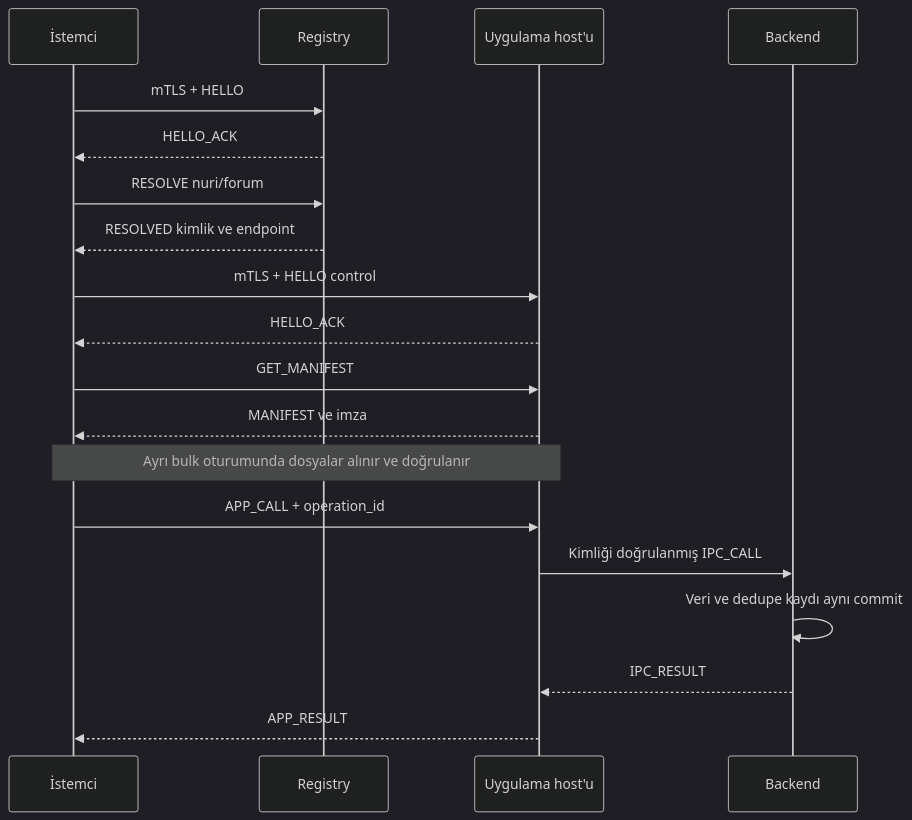
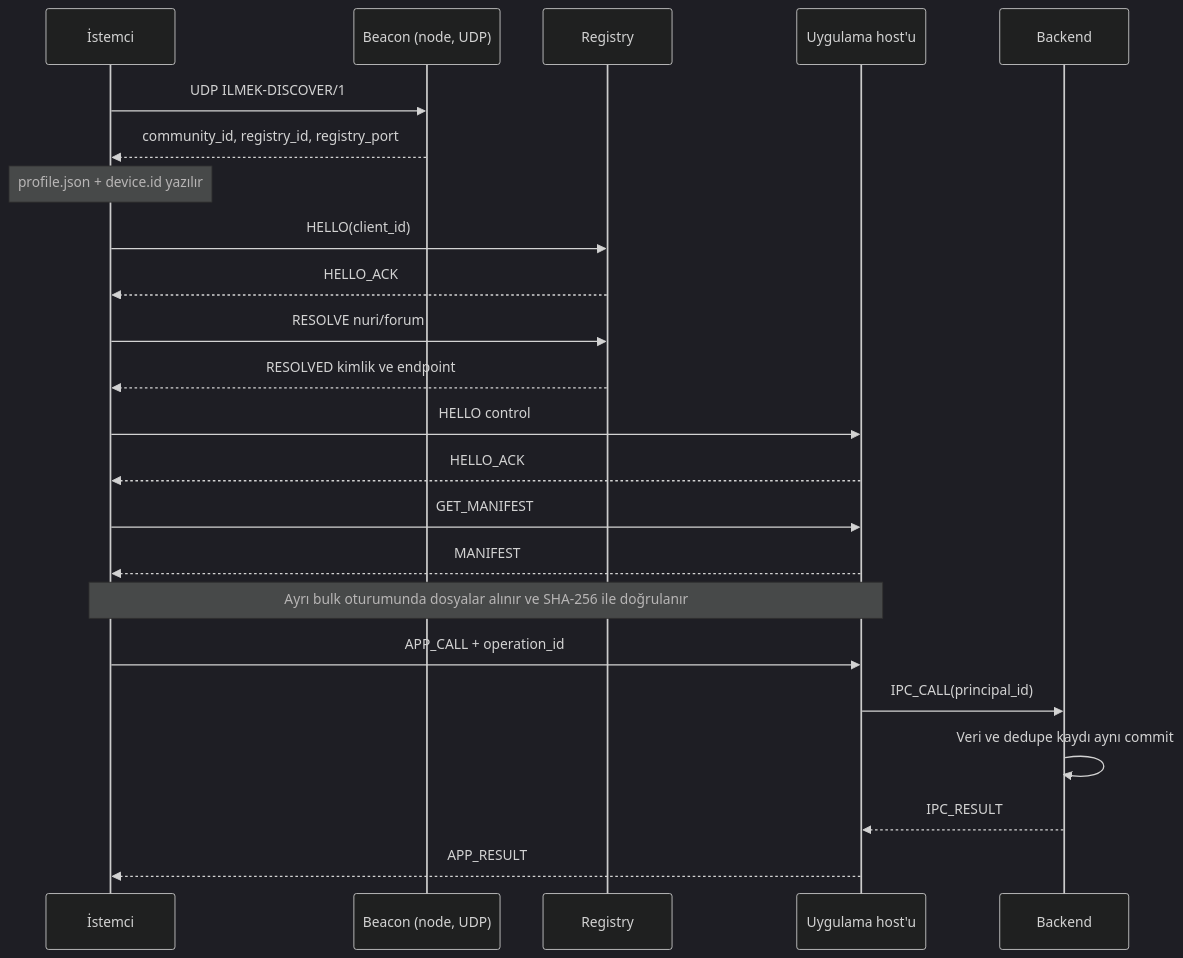
One commit to nuricanozturk01/project-ilmek changed the third of 4 diagrams in PROTOCOL.md. Above: the diagram before and after it, drawn with Mermaid (dark theme). The commit also changed other lines of this file and 180 other files, not shown here.

````diff
--- a/PROTOCOL.md
+++ b/PROTOCOL.md
@@ -504,21 +478,25 @@
 ```mermaid
 sequenceDiagram
     participant C as İstemci
+    participant B as Beacon (node, UDP)
     participant R as Registry
     participant H as Uygulama host'u
-    participant B as Backend
-    C->>R: mTLS + HELLO
+    participant K as Backend
+    C->>B: UDP ILMEK-DISCOVER/1
+    B-->>C: community_id, registry_id, registry_port
+    Note over C: profile.json + device.id yazılır
+    C->>R: HELLO(client_id)
     R-->>C: HELLO_ACK
     C->>R: RESOLVE nuri/forum
     R-->>C: RESOLVED kimlik ve endpoint
-    C->>H: mTLS + HELLO control
+    C->>H: HELLO control
     H-->>C: HELLO_ACK
     C->>H: GET_MANIFEST
-    H-->>C: MANIFEST ve imza
-    Note over C,H: Ayrı bulk oturumunda dosyalar alınır ve doğrulanır
+    H-->>C: MANIFEST
+    Note over C,H: Ayrı bulk oturumunda dosyalar alınır ve SHA-256 ile doğrulanır
     C->>H: APP_CALL + operation_id
-    H->>B: Kimliği doğrulanmış IPC_CALL
-    B->>B: Veri ve dedupe kaydı aynı commit
-    B-->>H: IPC_RESULT
+    H->>K: IPC_CALL(principal_id)
+    K->>K: Veri ve dedupe kaydı aynı commit
+    K-->>H: IPC_RESULT
     H-->>C: APP_RESULT
 ```
````
